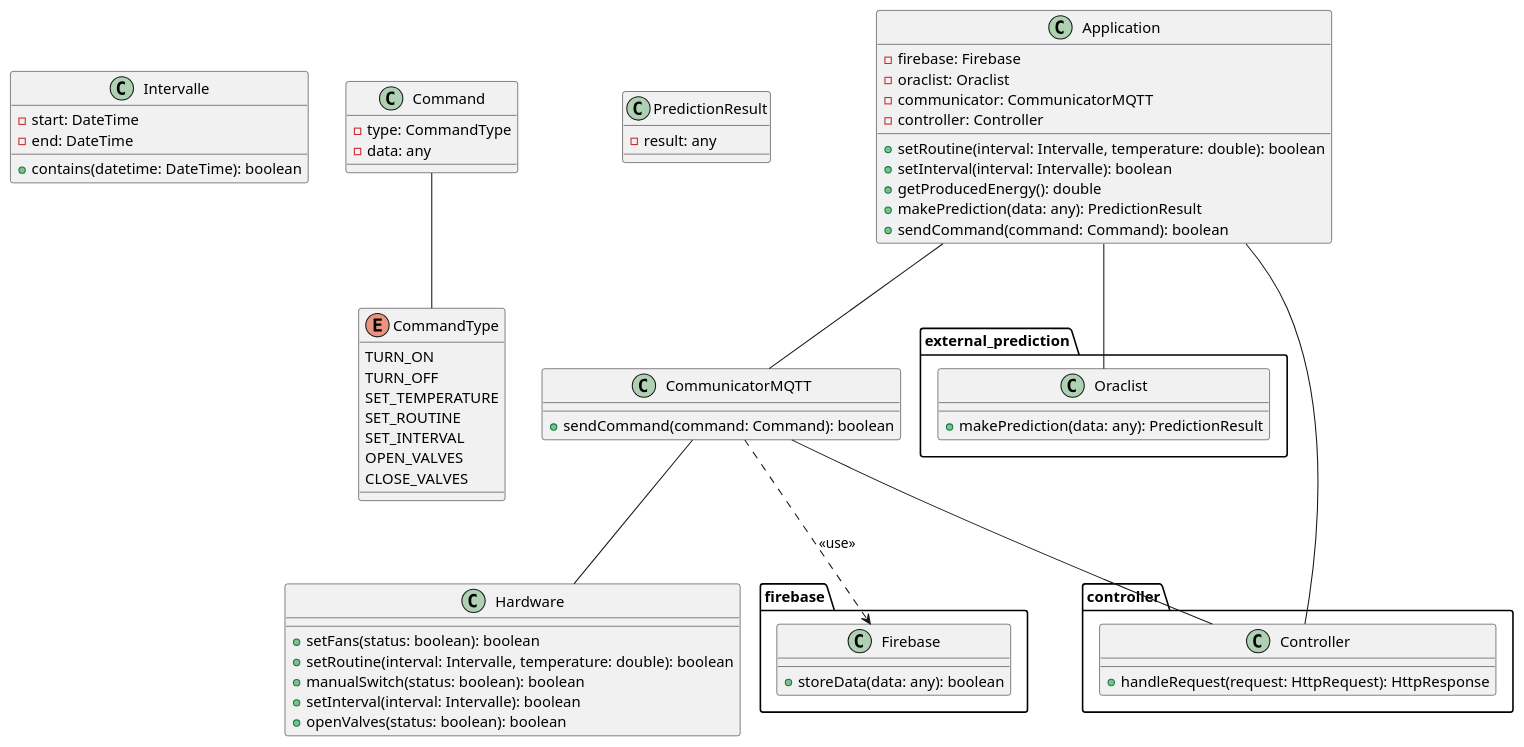
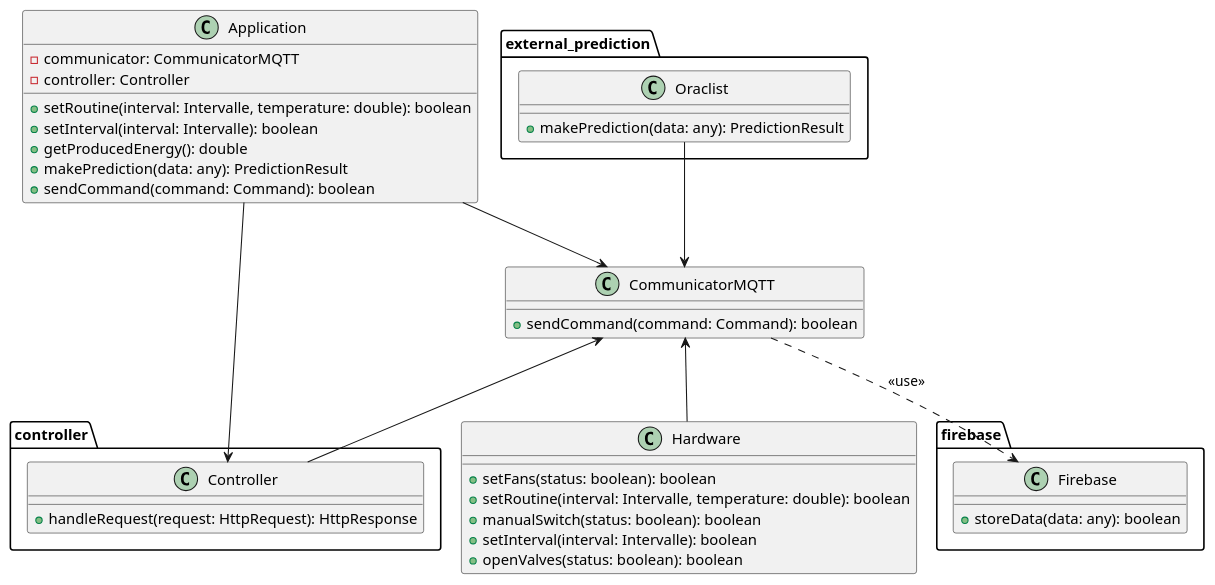
The diagram in diagrams/class.puml (chauffapagnan/documentation), drawn with PlantUML before and after one commit. The commit also changed 8 other files, not shown here.

Commit message:
📝 maj diagrammes

```diff
--- a/diagrams/class.puml
+++ b/diagrams/class.puml
@@ -1,82 +1,84 @@
 @startuml
 
-class Intervalle {
+/'class Intervalle {
     - start: DateTime
     - end: DateTime
     + contains(datetime: DateTime): boolean
 }
 
 class Command {
     - type: CommandType
     - data: any
 }
 
 enum CommandType {
     TURN_ON
     TURN_OFF
     SET_TEMPERATURE
     SET_ROUTINE
     SET_INTERVAL
     OPEN_VALVES
     CLOSE_VALVES
 }
 
 class PredictionResult {
     - result: any
-}
+}'/
 
 package firebase {
     class Firebase {
         + storeData(data: any): boolean
     }
 }
 
 
 class Hardware {
     + setFans(status: boolean): boolean
     + setRoutine(interval: Intervalle, temperature: double): boolean
     + manualSwitch(status: boolean): boolean
     + setInterval(interval: Intervalle): boolean
     + openValves(status: boolean): boolean
 }
 
 class Application {
-    - firebase: Firebase
-    - oraclist: Oraclist
+'    - firebase: Firebase
+'    - oraclist: Oraclist
     - communicator: CommunicatorMQTT
     - controller: Controller
 
     + setRoutine(interval: Intervalle, temperature: double): boolean
     + setInterval(interval: Intervalle): boolean
     + getProducedEnergy(): double
     + makePrediction(data: any): PredictionResult
     + sendCommand(command: Command): boolean
 }
 
 package external_prediction {
     class Oraclist {
         + makePrediction(data: any): PredictionResult
     }
 }
 
 package controller {
-    class Controller {
-        + handleRequest(request: HttpRequest): HttpResponse
-    }
-}
+     class Controller {
+         + handleRequest(request: HttpRequest): HttpResponse
+     }
+ }
+
 
 class CommunicatorMQTT {
     + sendCommand(command: Command): boolean
 }
 
-Application -- Oraclist
-Application -- CommunicatorMQTT
-Application -- Controller
+Oraclist --> CommunicatorMQTT
+Application --> CommunicatorMQTT
+Application --> Controller
 
-CommunicatorMQTT -- Controller
-CommunicatorMQTT -- Hardware
+CommunicatorMQTT <-- Controller
+CommunicatorMQTT <-- Hardware
+
 CommunicatorMQTT ..> Firebase: <<use>>
 
-Command -- CommandType
+/'Command -- CommandType'/
 
 @enduml
```
